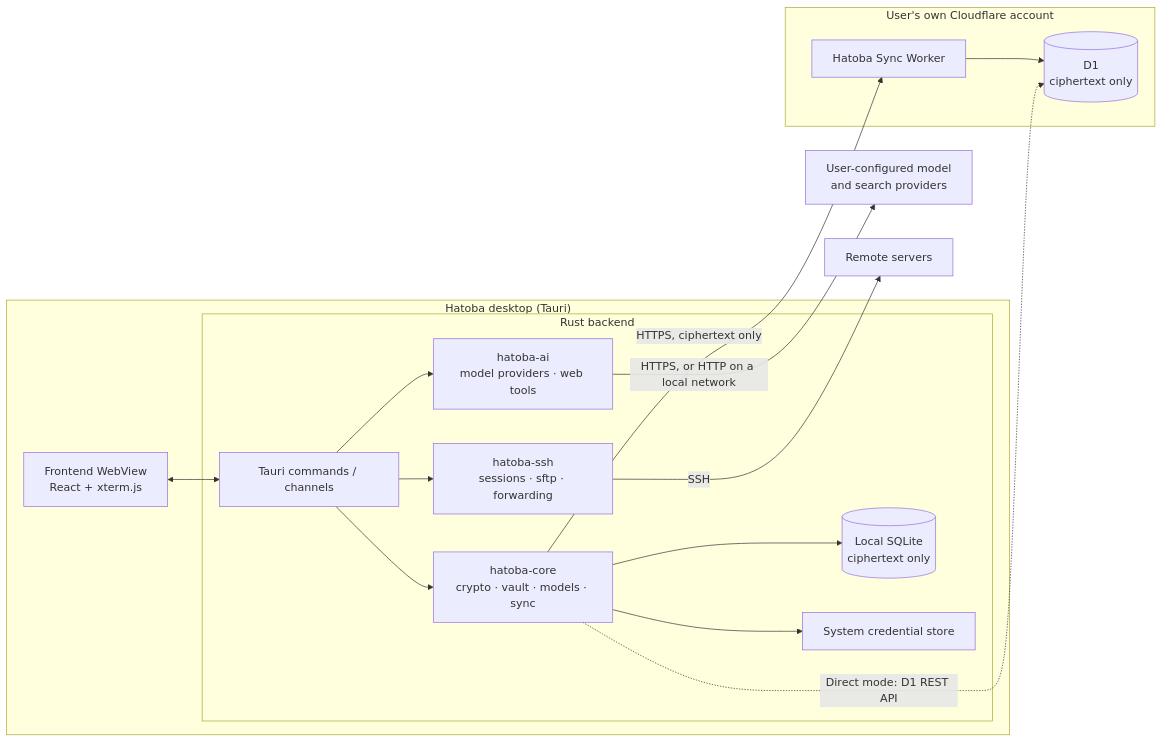
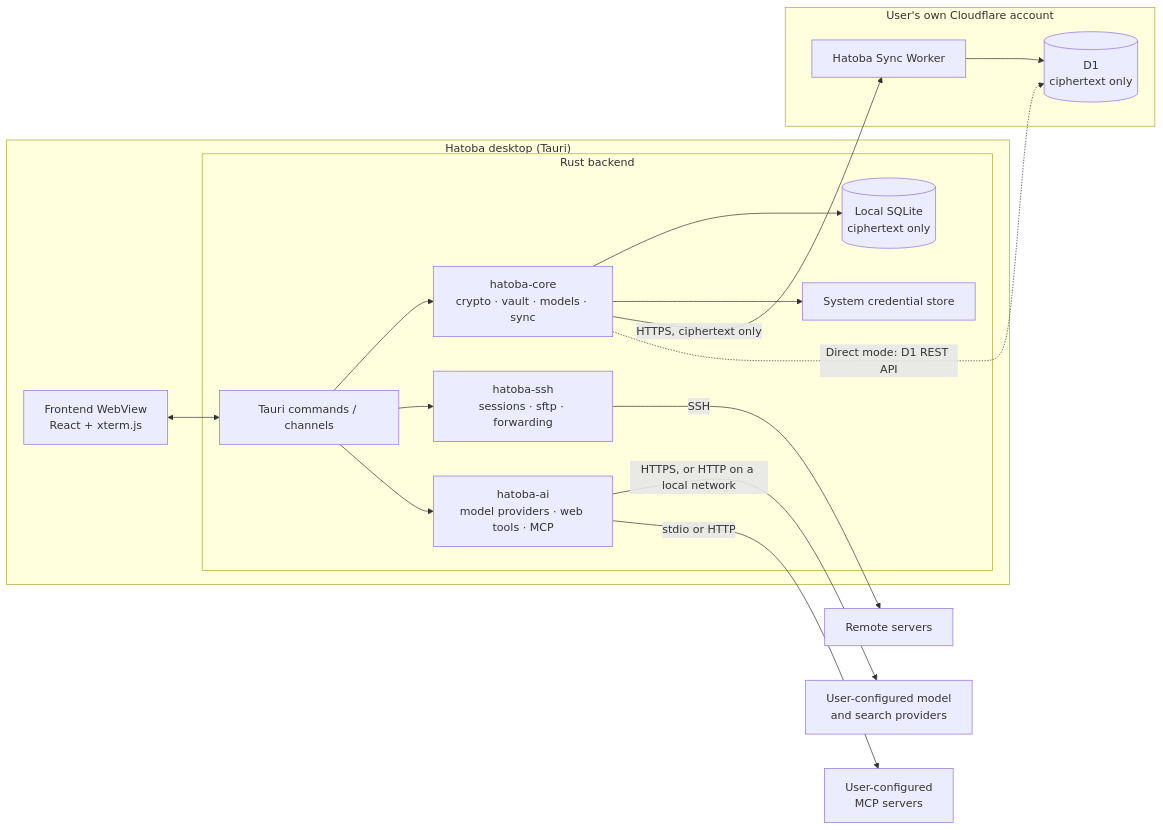
The diagram in docs/hatoba-spec.md (QingYunA/Hatoba), drawn with Mermaid before and after one commit. The commit also changed other lines of this file and 1 other file, not shown here.

First line of the commit message:
docs: specify skills and MCP servers for the AI assistant (#17)

````diff
--- a/docs/hatoba-spec.md
+++ b/docs/hatoba-spec.md
@@ -55,29 +56,30 @@
 ```mermaid
 flowchart LR
   subgraph Desktop["Hatoba desktop (Tauri)"]
     UI["Frontend WebView<br/>React + xterm.js"]
     subgraph Rust["Rust backend"]
       CMD["Tauri commands / channels"]
       CORE["hatoba-core<br/>crypto · vault · models · sync"]
       SSH["hatoba-ssh<br/>sessions · sftp · forwarding"]
-      AI["hatoba-ai<br/>model providers · web tools"]
+      AI["hatoba-ai<br/>model providers · web tools · MCP"]
       DB[("Local SQLite<br/>ciphertext only")]
       KC["System credential store"]
     end
   end
   subgraph CF["User's own Cloudflare account"]
     W["Hatoba Sync Worker"]
     D1[("D1<br/>ciphertext only")]
   end
   UI <--> CMD
   CMD --> CORE
   CMD --> SSH
   CMD --> AI
   AI -->|HTTPS, or HTTP on a local network| Providers["User-configured model<br/>and search providers"]
+  AI -->|stdio or HTTP| MCP["User-configured<br/>MCP servers"]
   CORE --> DB
   CORE --> KC
   SSH -->|SSH| Servers["Remote servers"]
   CORE -->|HTTPS, ciphertext only| W
   W --> D1
   CORE -.->|Direct mode: D1 REST API| D1
 ```
````
